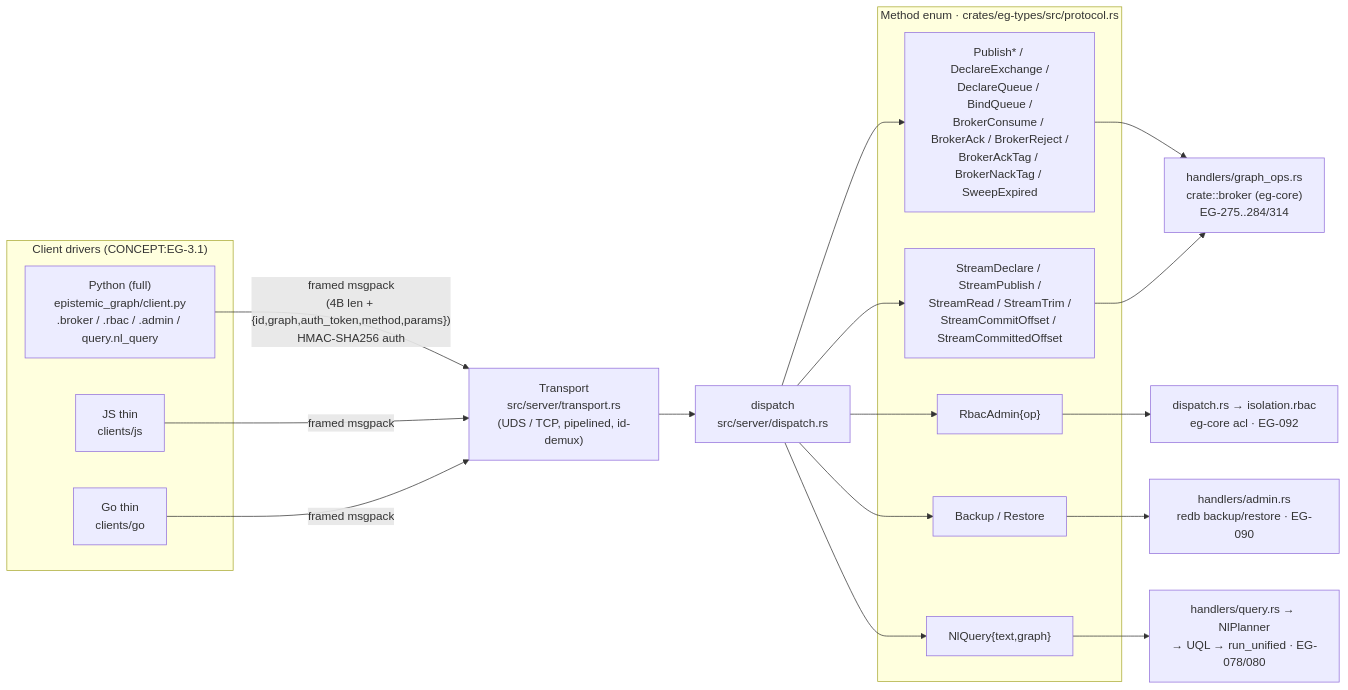
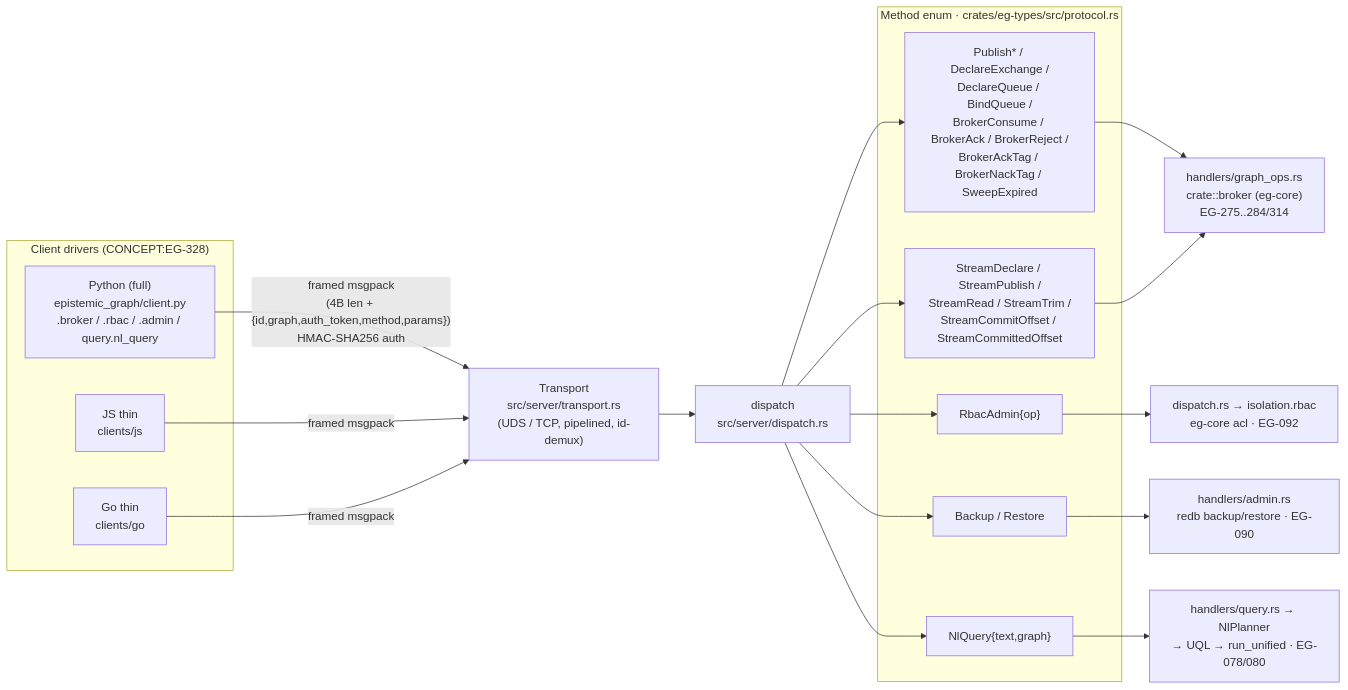
The diagram in docs/interfaces/clients.md (Knuckles-Team/epistemic-graph), drawn with Mermaid before and after one commit. The commit also changed other lines of this file and 11 other files, not shown here.

````diff
--- a/docs/interfaces/clients.md
+++ b/docs/interfaces/clients.md
@@ -57,34 +57,34 @@
 ```mermaid
 flowchart LR
-  subgraph clients["Client drivers (CONCEPT:EG-3.1)"]
+  subgraph clients["Client drivers (CONCEPT:EG-328)"]
     PY["Python (full)\nepistemic_graph/client.py\n.broker / .rbac / .admin / query.nl_query"]
     JS["JS thin\nclients/js"]
     GO["Go thin\nclients/go"]
   end
 
   PY -- "framed msgpack\n(4B len + {id,graph,auth_token,method,params})\nHMAC-SHA256 auth" --> T
   JS -- "framed msgpack" --> T
   GO -- "framed msgpack" --> T
 
   T["Transport\nsrc/server/transport.rs\n(UDS / TCP, pipelined, id-demux)"] --> D["dispatch\nsrc/server/dispatch.rs"]
 
   subgraph methods["Method enum · crates/eg-types/src/protocol.rs"]
     M_BROKER["Publish* / DeclareExchange /\nDeclareQueue / BindQueue /\nBrokerConsume / BrokerAck / BrokerReject /\nBrokerAckTag / BrokerNackTag / SweepExpired"]
     M_STREAM["StreamDeclare / StreamPublish /\nStreamRead / StreamTrim /\nStreamCommitOffset / StreamCommittedOffset"]
     M_RBAC["RbacAdmin{op}"]
     M_BAK["Backup / Restore"]
     M_NL["NlQuery{text,graph}"]
   end
 
   D --> M_BROKER
   D --> M_STREAM
   D --> M_RBAC
   D --> M_BAK
   D --> M_NL
 
   M_BROKER --> H1["handlers/graph_ops.rs\ncrate::broker (eg-core)\nEG-275..284/314"]
   M_STREAM --> H1
   M_RBAC --> H2["dispatch.rs → isolation.rbac\neg-core acl · EG-092"]
   M_BAK  --> H3["handlers/admin.rs\nredb backup/restore · EG-090"]
   M_NL   --> H4["handlers/query.rs → NlPlanner\n→ UQL → run_unified · EG-078/080"]
 ```
````
